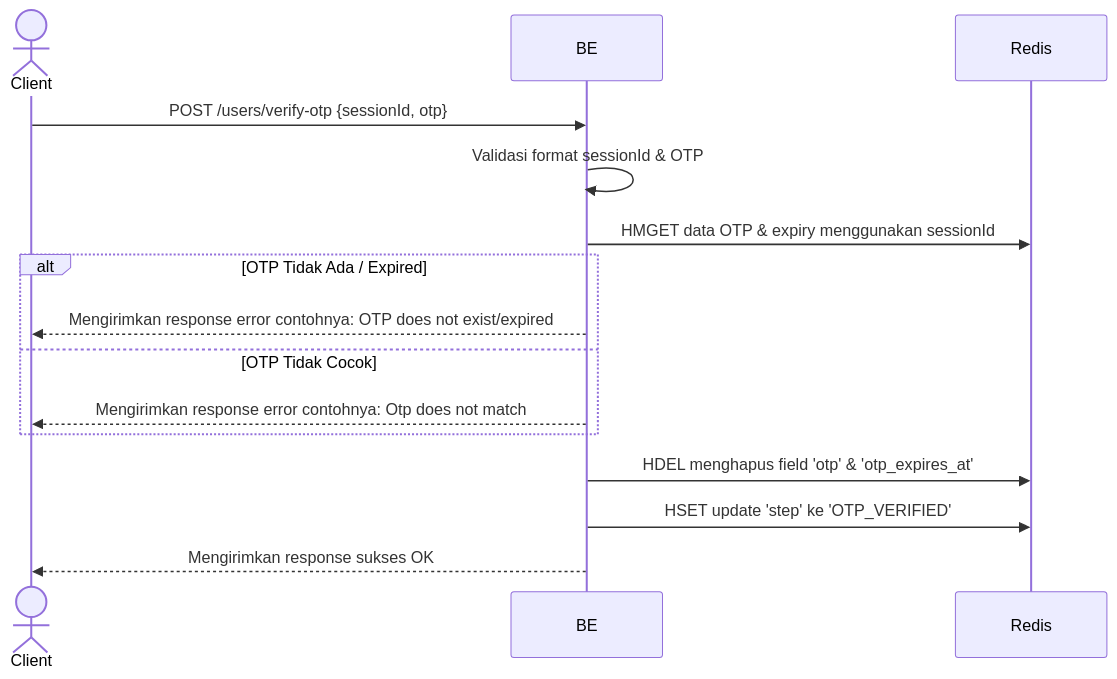
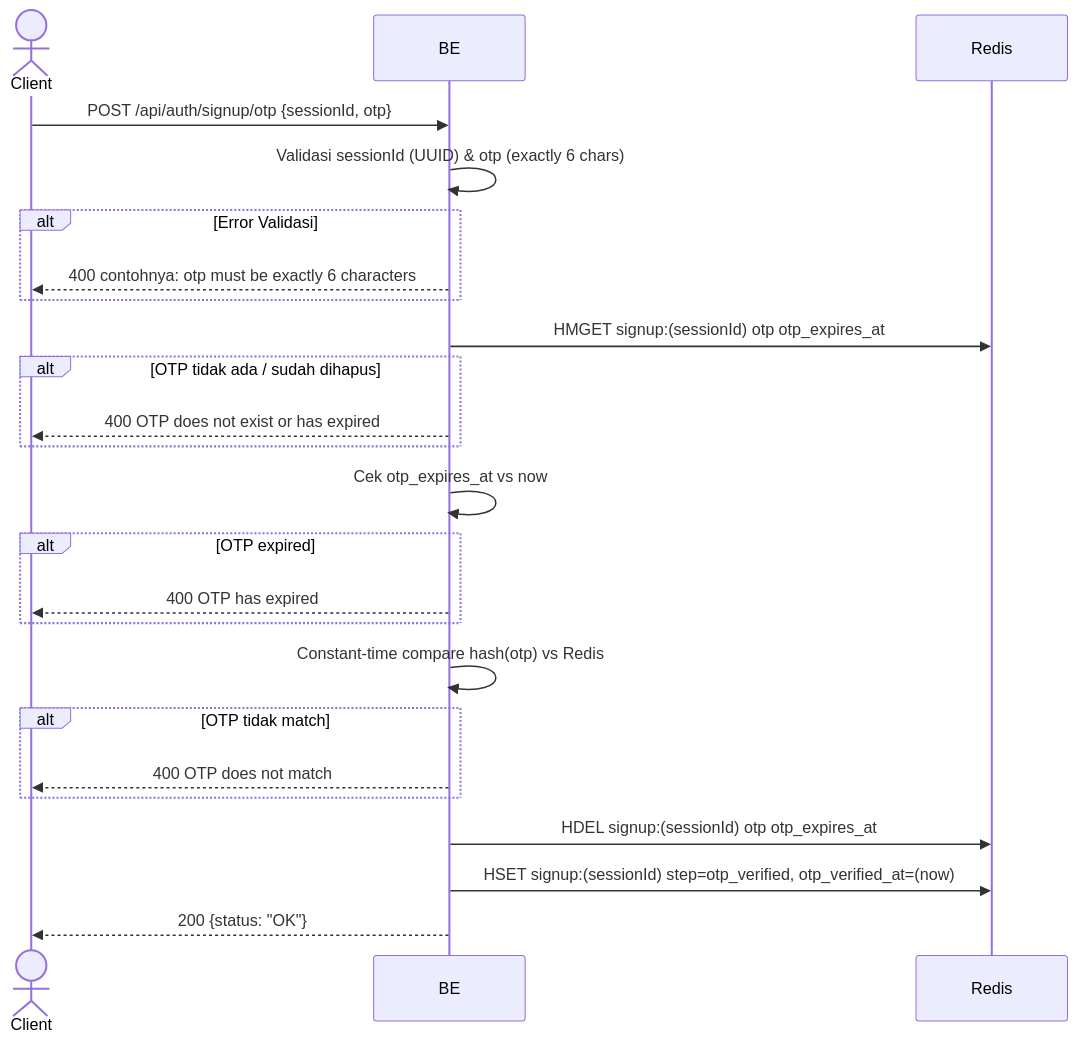
Before and after one commit to ferdian3456/virdanproject: the diagram in docs/flows/id/verify_otp.md, drawn with Mermaid. The commit also changed other lines of this file and 107 other files, not shown here.

First line of the commit message:
VIR-93: Migrasi docs flow ke docs/flows/{id,en} + swagger multi-target Makefile (id/en) (#25)

````diff
--- a/docs/flows/id/verify_otp.md
+++ b/docs/flows/id/verify_otp.md
@@ -13,19 +13,27 @@
 ```mermaid
 sequenceDiagram
     actor Client
     participant BE
     participant Redis
 
-    Client->>BE: POST /users/verify-otp {sessionId, otp}
-    BE->>BE: Validasi format sessionId & OTP
-    BE->>Redis: HMGET data OTP & expiry menggunakan sessionId
-
-    ALT OTP Tidak Ada / Expired
-        BE-->>Client: Mengirimkan response error contohnya: OTP does not exist/expired
-    ELSE OTP Tidak Cocok
-        BE-->>Client: Mengirimkan response error contohnya: Otp does not match
-    END
-    BE->>Redis: HDEL menghapus field 'otp' & 'otp_expires_at'
-    BE->>Redis: HSET update 'step' ke 'OTP_VERIFIED'
-    BE-->>Client: Mengirimkan response sukses OK
+    Client->>BE: POST /api/auth/signup/otp {sessionId, otp}
+    BE->>BE: Validasi sessionId (UUID) & otp (exactly 6 chars)
+    alt Error Validasi
+        BE-->>Client: 400 contohnya: otp must be exactly 6 characters
+    end
+    BE->>Redis: HMGET signup:(sessionId) otp otp_expires_at
+    alt OTP tidak ada / sudah dihapus
+        BE-->>Client: 400 OTP does not exist or has expired
+    end
+    BE->>BE: Cek otp_expires_at vs now
+    alt OTP expired
+        BE-->>Client: 400 OTP has expired
+    end
+    BE->>BE: Constant-time compare hash(otp) vs Redis
+    alt OTP tidak match
+        BE-->>Client: 400 OTP does not match
+    end
+    BE->>Redis: HDEL signup:(sessionId) otp otp_expires_at
+    BE->>Redis: HSET signup:(sessionId) step=otp_verified, otp_verified_at=(now)
+    BE-->>Client: 200 {status: "OK"}
 ```
````
